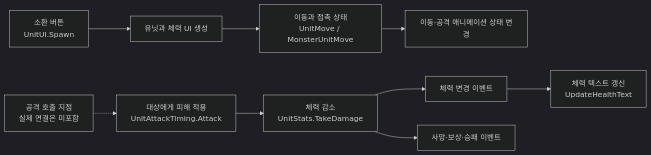
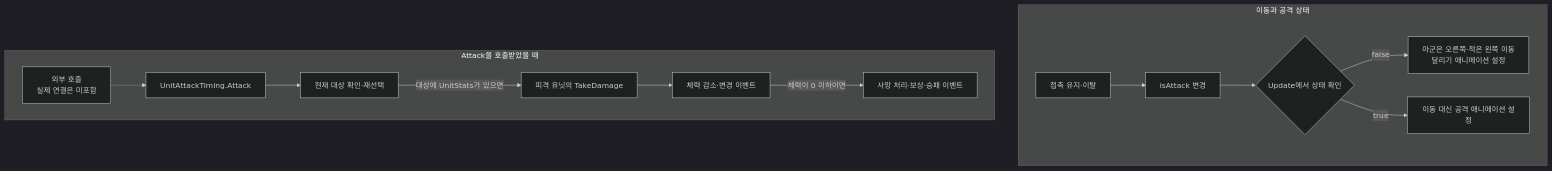
The first of 2 diagrams in README.md (als79gur49/2024_2ndSemester_finalTest_5team-code-portfolio), drawn with Mermaid (dark theme) before and after one commit. The commit also changed other lines of this file, not shown here.

Commit message:
docs: clarify unit combat flow and reorder portfolio README

````diff
--- a/README.md
+++ b/README.md
@@ -68,11 +16,17 @@
 ```mermaid
-flowchart LR
-    A["소환 버튼<br/>UnitUI.Spawn"] --> B["유닛과 체력 UI 생성"]
-    B --> C["이동과 접촉 상태<br/>UnitMove / MonsterUnitMove"]
-    C --> D["이동·공격 애니메이션 상태 변경"]
-    E["공격 호출 지점<br/>실제 연결은 미포함"] -.-> F["대상에게 피해 적용<br/>UnitAttackTiming.Attack"]
-    F --> G["체력 감소<br/>UnitStats.TakeDamage"]
-    G --> H["체력 변경 이벤트"]
-    H --> I["체력 텍스트 갱신<br/>UpdateHealthText"]
-    G --> J["사망·보상·승패 이벤트"]
+flowchart TB
+    subgraph MOVE["이동과 공격 상태"]
+        A["접촉 유지·이탈"] --> B["isAttack 변경"]
+        B --> C{"Update에서 상태 확인"}
+        C -->|false| D["아군은 오른쪽·적은 왼쪽 이동<br/>달리기 애니메이션 설정"]
+        C -->|true| E["이동 대신 공격 애니메이션 설정"]
+    end
+
+    subgraph HIT["Attack을 호출받았을 때"]
+        F["외부 호출<br/>실제 연결은 미포함"] -.-> G["UnitAttackTiming.Attack"]
+        G --> H["현재 대상 확인·재선택"]
+        H -->|"대상에 UnitStats가 있으면"| I["피격 유닛의 TakeDamage"]
+        I --> J["체력 감소·변경 이벤트"]
+        J -->|"체력이 0 이하이면"| K["사망 처리·보상·승패 이벤트"]
+    end
 ```
````
